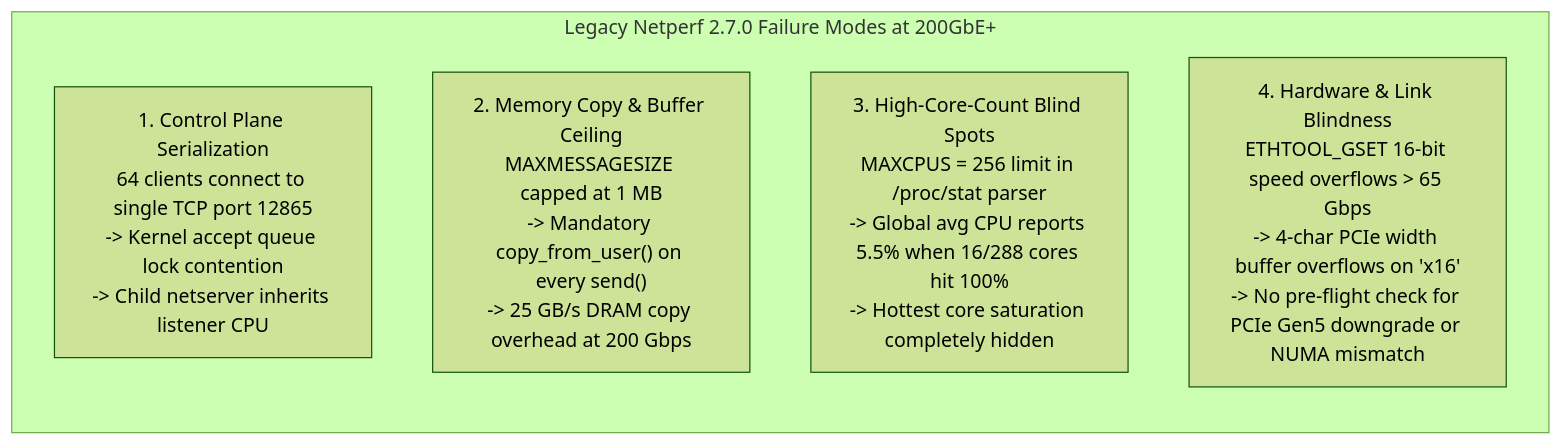
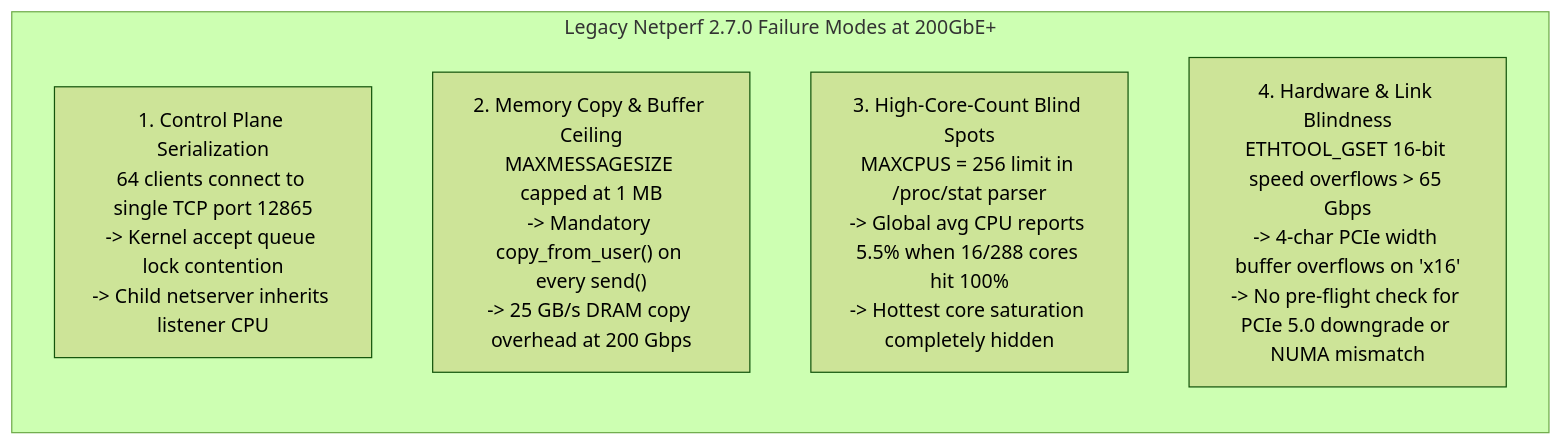
The first of 5 diagrams in dev/docs/TECHNICAL_WHITE_PAPER.md (thehevy/netperf_copilot), drawn with Mermaid (forest theme) before and after one commit. The commit also changed other lines of this file and 13 other files, not shown here.

Commit message:
style(pcie): use PCIe 4.0, PCIe 5.0, and PCIe 6.0 instead of Gen4/Gen5/Gen6 across docs, wiki, and tools

````diff
--- a/dev/docs/TECHNICAL_WHITE_PAPER.md
+++ b/dev/docs/TECHNICAL_WHITE_PAPER.md
@@ -104,10 +104,10 @@
 ```mermaid
 flowchart TD
     subgraph LegacyPath["Legacy Netperf 2.7.0 Failure Modes at 200GbE+"]
         direction TB
         B1["1. Control Plane Serialization\n64 clients connect to single TCP port 12865\n-> Kernel accept queue lock contention\n-> Child netserver inherits listener CPU"]
         B2["2. Memory Copy & Buffer Ceiling\nMAXMESSAGESIZE capped at 1 MB\n-> Mandatory copy_from_user() on every send()\n-> 25 GB/s DRAM copy overhead at 200 Gbps"]
         B3["3. High-Core-Count Blind Spots\nMAXCPUS = 256 limit in /proc/stat parser\n-> Global avg CPU reports 5.5% when 16/288 cores hit 100%\n-> Hottest core saturation completely hidden"]
-        B4["4. Hardware & Link Blindness\nETHTOOL_GSET 16-bit speed overflows > 65 Gbps\n-> 4-char PCIe width buffer overflows on 'x16'\n-> No pre-flight check for PCIe Gen5 downgrade or NUMA mismatch"]
+        B4["4. Hardware & Link Blindness\nETHTOOL_GSET 16-bit speed overflows > 65 Gbps\n-> 4-char PCIe width buffer overflows on 'x16'\n-> No pre-flight check for PCIe 5.0 downgrade or NUMA mismatch"]
     end
 ```
````
